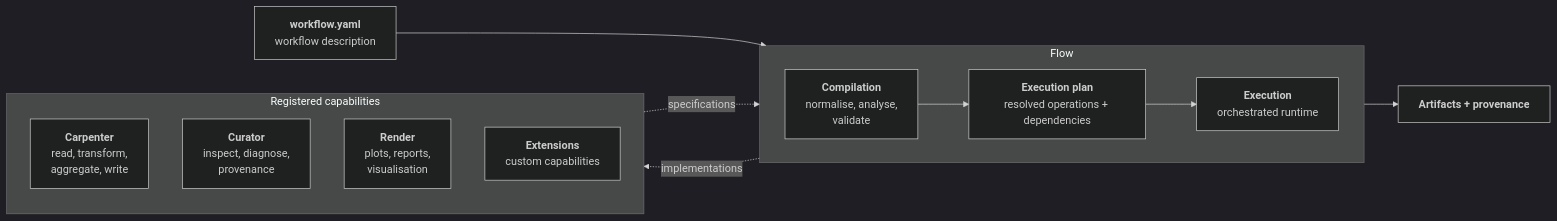
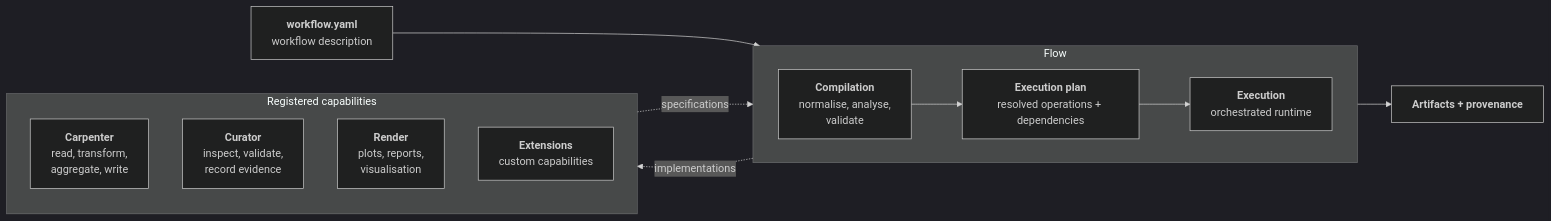
The second of 2 diagrams in content/_index.md (FAST-HEP/fast-hep.github.io), drawn with Mermaid (dark theme) before and after one commit. The commit also changed other lines of this file and 9 other files, not shown here.

Commit message:
docs: expand architecture concept guidance

````diff
--- a/content/_index.md
+++ b/content/_index.md
@@ -42,30 +42,30 @@
 ```mermaid
 flowchart LR
     Workflow["<b>workflow.yaml</b><br/>workflow description"]:::input
 
     subgraph FlowSystem["Flow"]
         direction LR
         Compile["<b>Compilation</b><br/>normalise, analyse,<br/>validate"]:::flow
         Plan["<b>Execution plan</b><br/>resolved operations + dependencies"]:::plan
         Runtime["<b>Execution</b><br/>orchestrated runtime"]:::runtime
 
         Compile --> Plan --> Runtime
     end
 
     subgraph Capabilities["Registered capabilities"]
         direction TB
         Carpenter["<b>Carpenter</b><br/>read, transform,<br/>aggregate, write"]:::capability
-        Curator["<b>Curator</b><br/>inspect, diagnose,<br/>provenance"]:::capability
+        Curator["<b>Curator</b><br/>inspect, validate,<br/>record evidence"]:::capability
         Render["<b>Render</b><br/>plots, reports,<br/>visualisation"]:::capability
         Extensions["<b>Extensions</b><br/>custom capabilities"]:::capability
     end
 
     Artifacts["<b>Artifacts + provenance</b>"]:::artifact
 
     Workflow --> Compile
 
     Capabilities -. "specifications" .-> Compile
     Runtime -. "implementations" .-> Capabilities
 
     Runtime --> Artifacts
 ```
````
